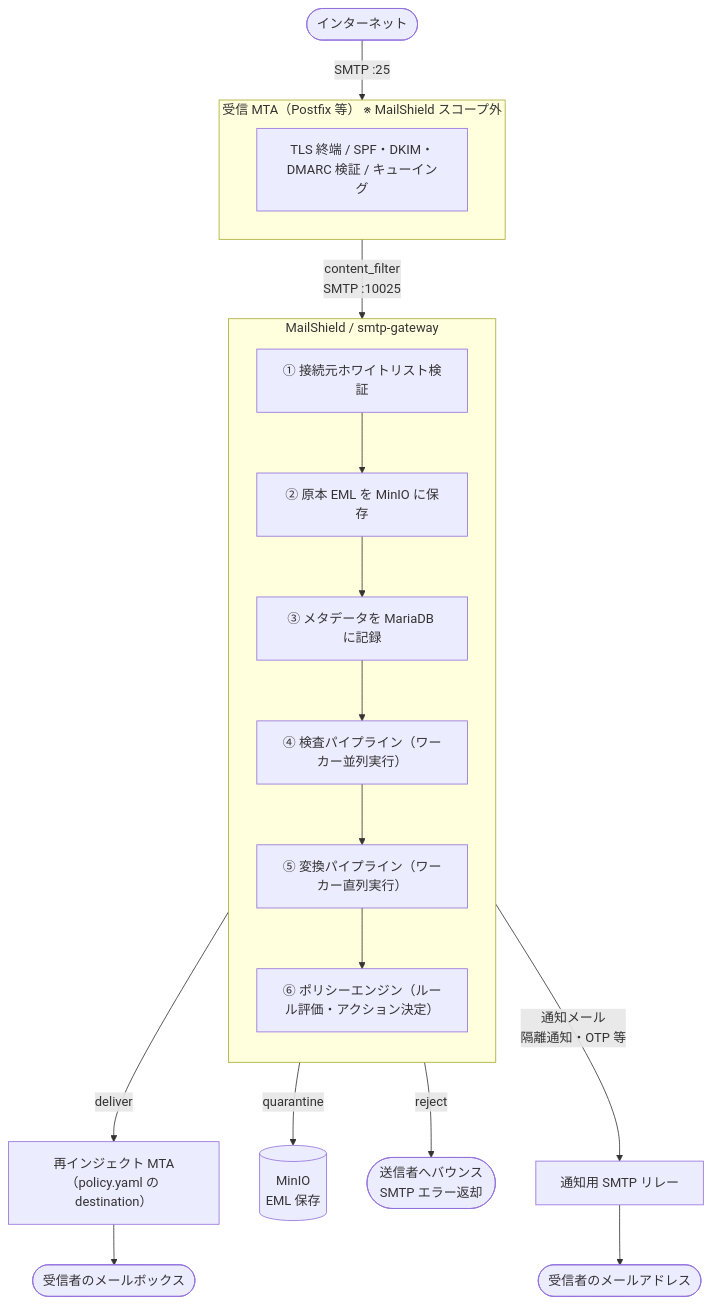
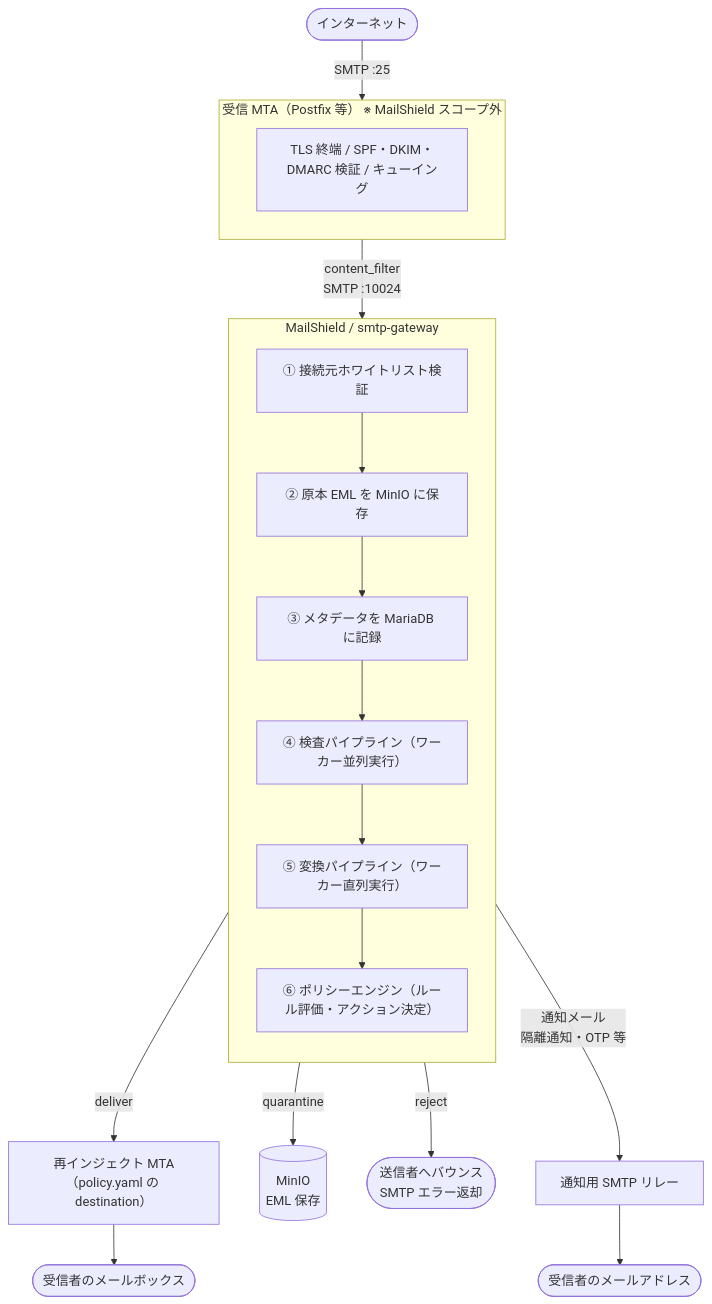
One commit to yumekui08/mailshield changed the first of 3 diagrams in docs/setup/overview.md. Above: the diagram before and after it, drawn with Mermaid. The commit also changed other lines of this file and 22 other files, not shown here.

````diff
--- a/docs/setup/overview.md
+++ b/docs/setup/overview.md
@@ -37,30 +37,30 @@
 ```mermaid
 flowchart TD
     Internet([インターネット]) -->|"SMTP :25"| MTA
 
     subgraph MTA["受信 MTA（Postfix 等） ※ MailShield スコープ外"]
         MTA_desc["TLS 終端 / SPF・DKIM・DMARC 検証 / キューイング"]
     end
 
-    MTA -->|"content_filter\nSMTP :10025"| GW
+    MTA -->|"content_filter\nSMTP :10024"| GW
 
     subgraph GW["MailShield / smtp-gateway"]
         direction TB
         S1["① 接続元ホワイトリスト検証"]
         S2["② 原本 EML を MinIO に保存"]
         S3["③ メタデータを MariaDB に記録"]
         S4["④ 検査パイプライン（ワーカー並列実行）"]
         S5["⑤ 変換パイプライン（ワーカー直列実行）"]
         S6["⑥ ポリシーエンジン（ルール評価・アクション決定）"]
         S1 --> S2 --> S3 --> S4 --> S5 --> S6
     end
 
     S6 -->|deliver| Reinject["再インジェクト MTA\n（policy.yaml の destination）"]
     S6 -->|quarantine| MinIO[("MinIO\nEML 保存")]
     S6 -->|reject| Bounce(["送信者へバウンス\nSMTP エラー返却"])
 
     Reinject --> Mailbox([受信者のメールボックス])
 
     GW -->|"通知メール\n隔離通知・OTP 等"| NotifySMTP["通知用 SMTP リレー"]
     NotifySMTP --> Recipient([受信者のメールアドレス])
 ```
````
